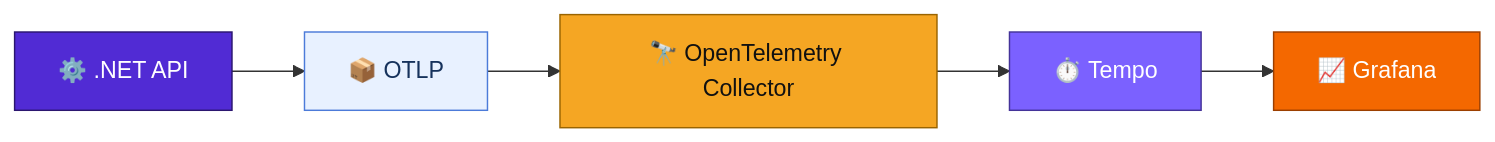
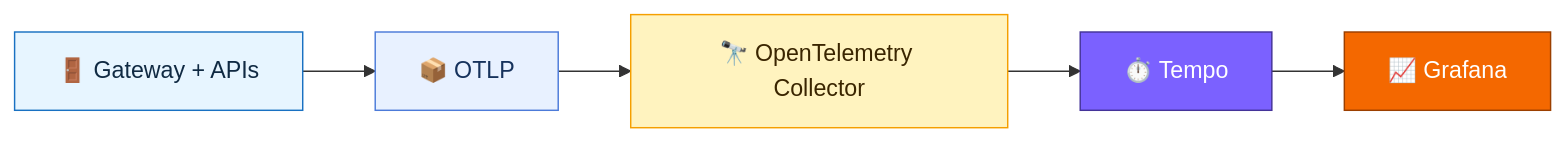
The sixth of 7 diagrams in README.md (fnandop/aspire-apm-backends-pocs), drawn with Mermaid before and after one commit. The commit also changed other lines of this file and 54 other files, not shown here.

````diff
--- a/README.md
+++ b/README.md
@@ -109,18 +141,18 @@
 ```mermaid
 graph LR
-    A["⚙️ .NET API"] --> B["📦 OTLP"]
-    B --> C["🔭 OpenTelemetry Collector"]
-    C --> D["⏱️ Tempo"]
-    D --> E["📈 Grafana"]
+    APP["🚪 Gateway + APIs"] --> OTLP["📦 OTLP"]
+    OTLP --> OC["🔭 OpenTelemetry Collector"]
+    OC --> TEMPO["⏱️ Tempo"]
+    TEMPO --> GRAFANA["📈 Grafana"]
 
-    classDef app fill:#512BD4,stroke:#2b166f,color:#fff
+    classDef app fill:#E7F5FF,stroke:#1971C2,color:#102A43
     classDef protocol fill:#E8F1FF,stroke:#4C7BD9,color:#16325C
-    classDef collector fill:#F5A623,stroke:#9A6400,color:#111
+    classDef collector fill:#FFF3BF,stroke:#F59F00,color:#3A2500
     classDef tempo fill:#7B61FF,stroke:#443399,color:#fff
     classDef grafana fill:#F46800,stroke:#9B3F00,color:#fff
-    class A app
-    class B protocol
-    class C collector
-    class D tempo
-    class E grafana
+    class APP app
+    class OTLP protocol
+    class OC collector
+    class TEMPO tempo
+    class GRAFANA grafana
 ```
````
